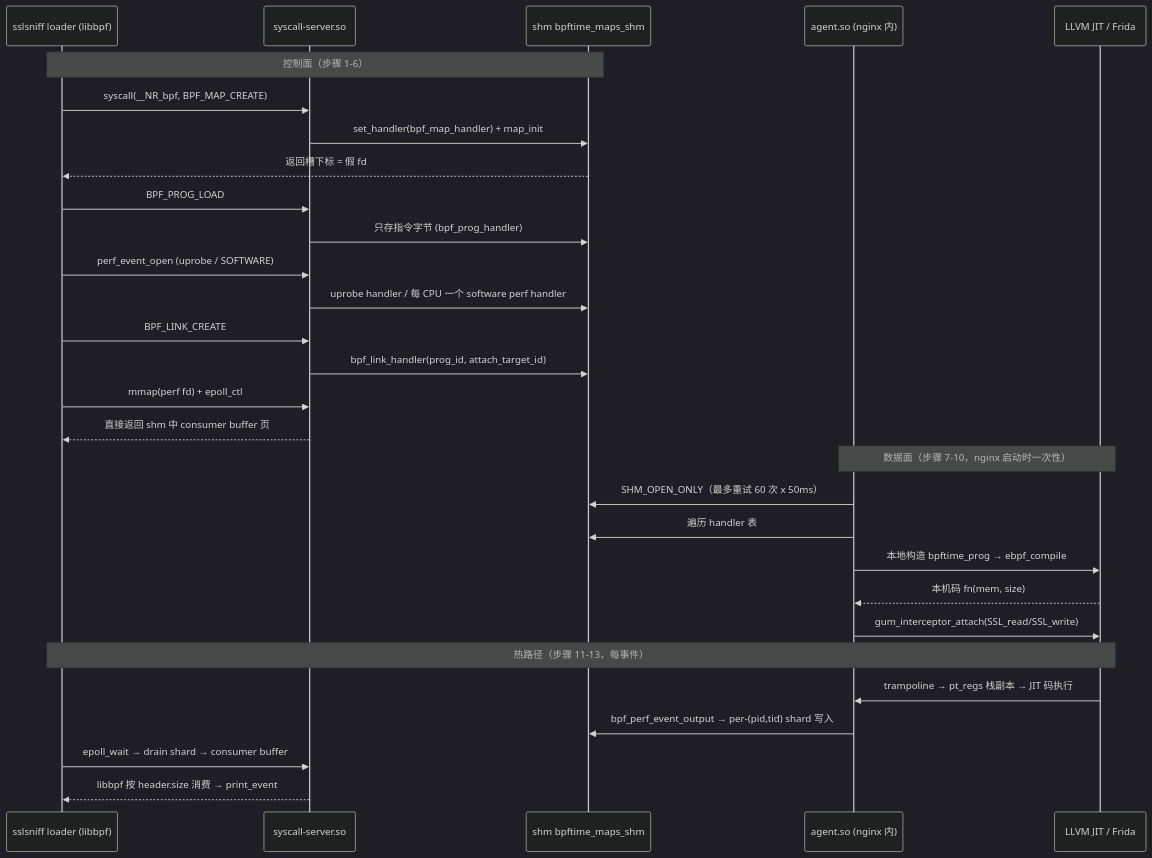
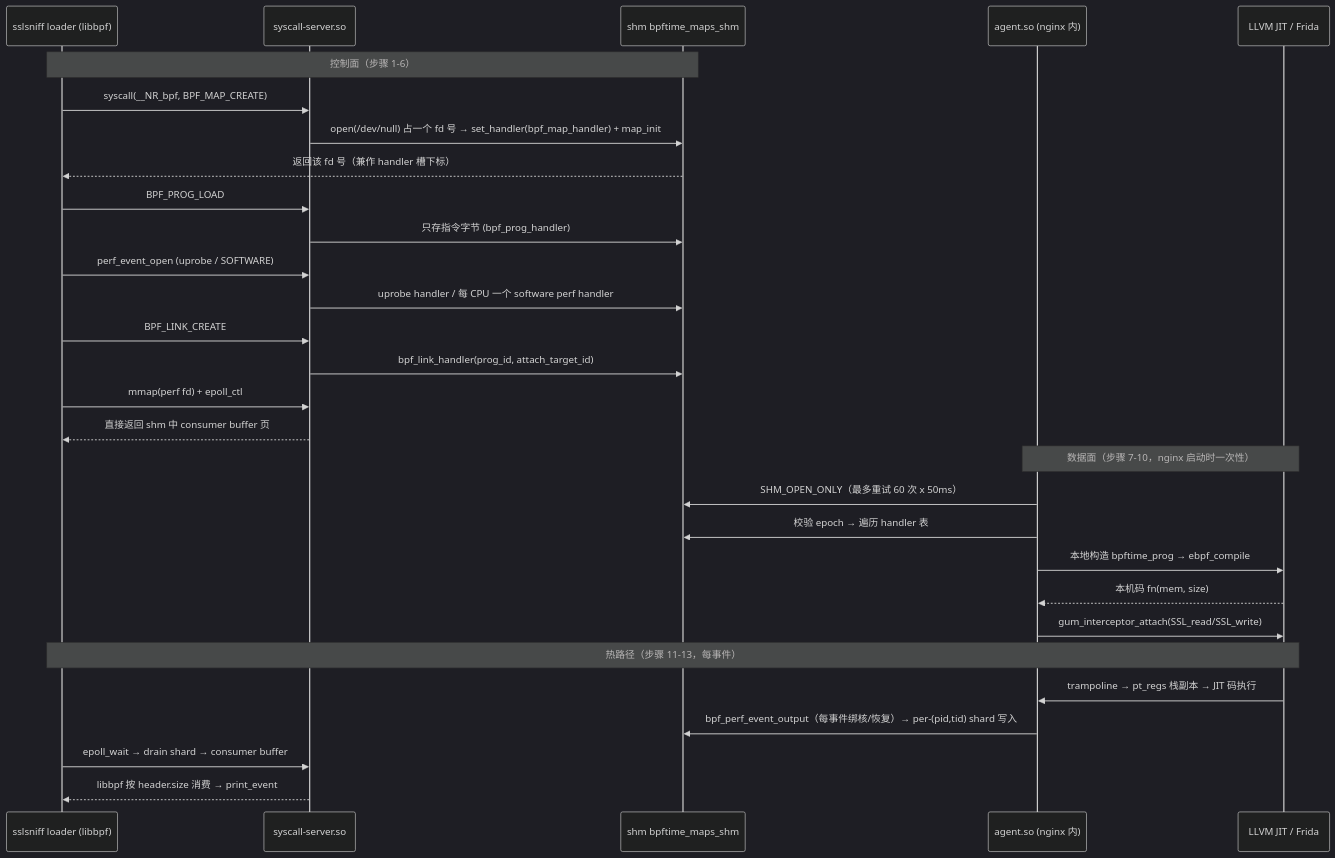
Before and after one commit to plsy1/bpftime-benchmark: the first of 2 diagrams in 01-lifecycle.md, drawn with Mermaid (dark theme). The commit also changed other lines of this file and 9 other files, not shown here.

````diff
--- a/01-lifecycle.md
+++ b/01-lifecycle.md
@@ -10,34 +14,34 @@
 ```mermaid
 sequenceDiagram
     participant L as sslsniff loader (libbpf)
     participant S as syscall-server.so
     participant M as shm bpftime_maps_shm
     participant A as agent.so (nginx 内)
     participant J as LLVM JIT / Frida
 
     Note over L,M: 控制面（步骤 1-6）
     L->>S: syscall(__NR_bpf, BPF_MAP_CREATE)
-    S->>M: set_handler(bpf_map_handler) + map_init
-    M-->>L: 返回槽下标 = 假 fd
+    S->>M: open(/dev/null) 占一个 fd 号 → set_handler(bpf_map_handler) + map_init
+    M-->>L: 返回该 fd 号（兼作 handler 槽下标）
     L->>S: BPF_PROG_LOAD
     S->>M: 只存指令字节 (bpf_prog_handler)
     L->>S: perf_event_open (uprobe / SOFTWARE)
     S->>M: uprobe handler / 每 CPU 一个 software perf handler
     L->>S: BPF_LINK_CREATE
     S->>M: bpf_link_handler(prog_id, attach_target_id)
     L->>S: mmap(perf fd) + epoll_ctl
     S-->>L: 直接返回 shm 中 consumer buffer 页
 
     Note over A,J: 数据面（步骤 7-10，nginx 启动时一次性）
     A->>M: SHM_OPEN_ONLY（最多重试 60 次 x 50ms）
-    A->>M: 遍历 handler 表
+    A->>M: 校验 epoch → 遍历 handler 表
     A->>J: 本地构造 bpftime_prog → ebpf_compile
     J-->>A: 本机码 fn(mem, size)
     A->>J: gum_interceptor_attach(SSL_read/SSL_write)
 
     Note over J,L: 热路径（步骤 11-13，每事件）
     J->>A: trampoline → pt_regs 栈副本 → JIT 码执行
-    A->>M: bpf_perf_event_output → per-(pid,tid) shard 写入
+    A->>M: bpf_perf_event_output（每事件绑核/恢复）→ per-(pid,tid) shard 写入
     L->>S: epoll_wait → drain shard → consumer buffer
     S-->>L: libbpf 按 header.size 消费 → print_event
 ```
````
